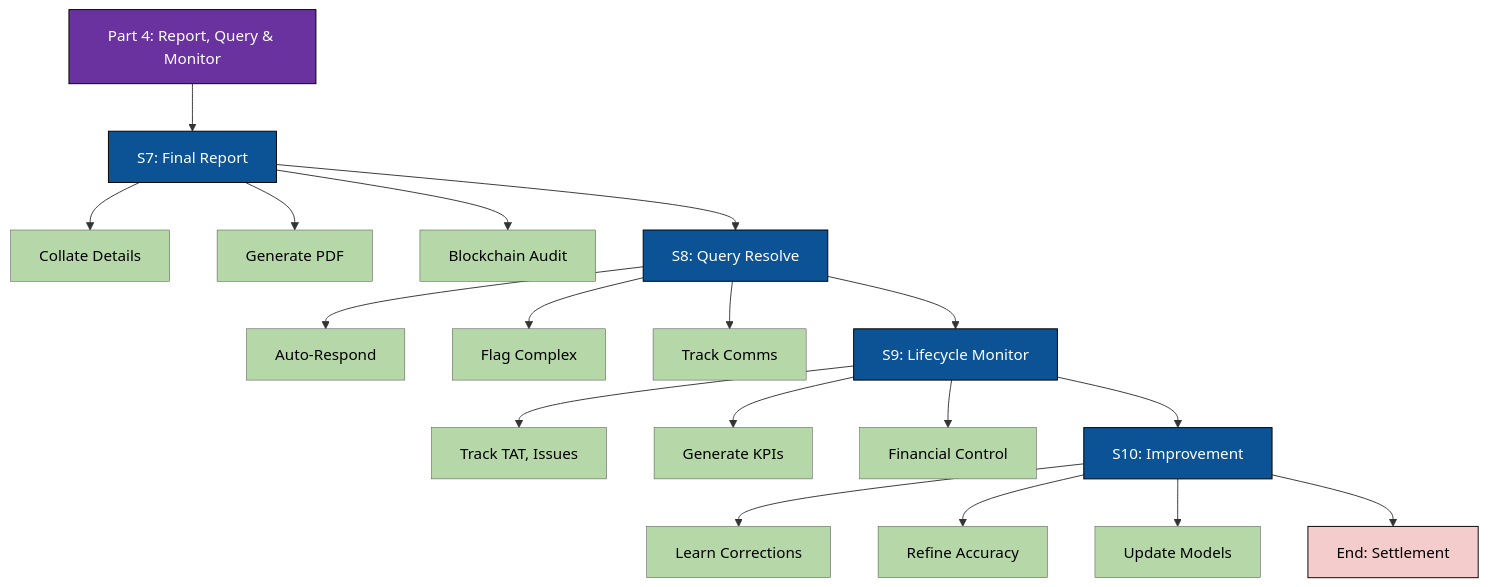
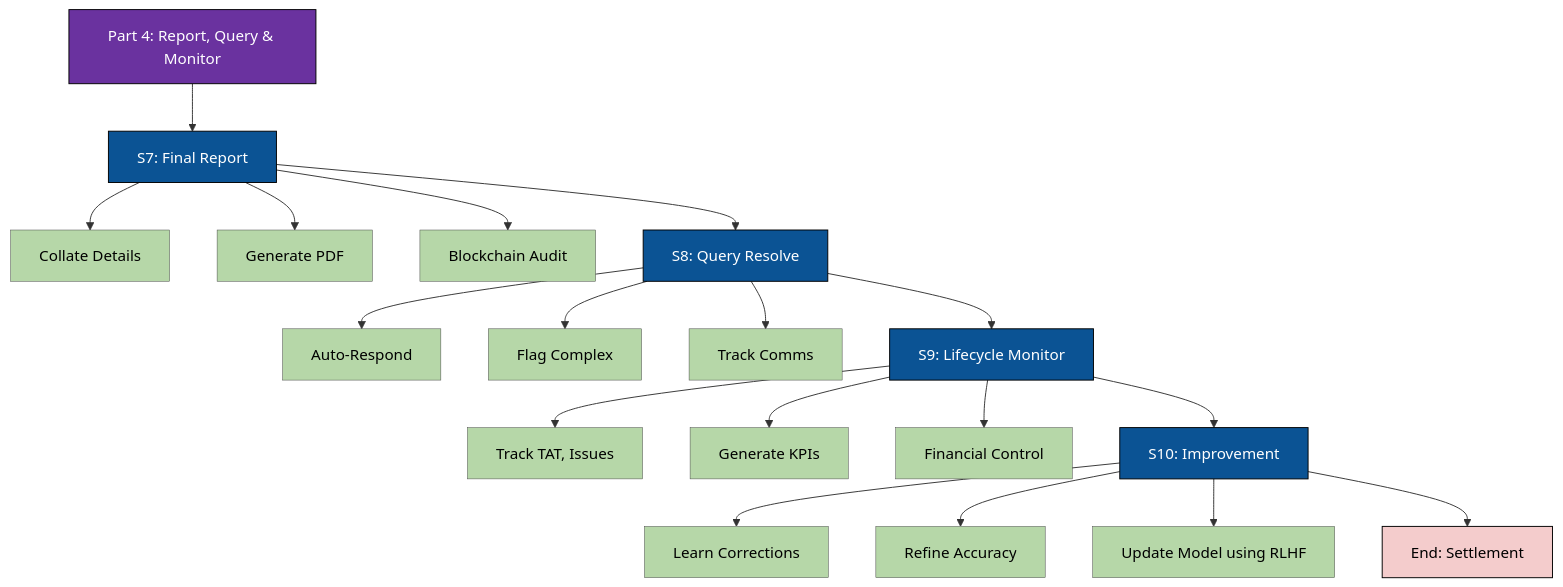
Before and after one commit to bharathkumarms525/readyassist: the fourth of 15 diagrams in COMPREHENSIVE_AUDIO_PROCESSING_DOCUMENTATION.md, drawn with Mermaid. The commit also changed other lines of this file, not shown here.

````diff
--- a/COMPREHENSIVE_AUDIO_PROCESSING_DOCUMENTATION.md
+++ b/COMPREHENSIVE_AUDIO_PROCESSING_DOCUMENTATION.md
@@ -98,53 +98,53 @@
 ```mermaid
 %%{init: {
   'theme': 'dark',
   'flowchart': {
     'layout': 'dagre',
     'ranksep': 10,  %% Tight vertical spacing
     'nodesep': 5,   %% Minimal horizontal spacing
     'nodeMargin': 3, %% Minimal margin
     'padding': 2,   %% Minimal padding
     'rankdir': 'TB' %% Top-to-bottom
 }}%%
 flowchart TD
     Part4["Part 4: Report, Query & Monitor"] --> H["S7: Final Report"]
     H --> H1["Collate Details"]
     H --> H2["Generate PDF"]
     H --> H3["Blockchain Audit"]
     H --> I["S8: Query Resolve"]
     I --> I1["Auto-Respond"]
     I --> I2["Flag Complex"]
     I --> I3["Track Comms"]
     I --> J["S9: Lifecycle Monitor"]
     J --> J1["Track TAT, Issues"]
     J --> J2["Generate KPIs"]
     J --> J3["Financial Control"]
     J --> K["S10: Improvement"]
     K --> K1["Learn Corrections"]
     K --> K2["Refine Accuracy"]
-    K --> K3["Update Models"]
+    K --> K3["Update Model using RLHF"]
     K --> L["End: Settlement"]
     Part4:::part
     H:::step
     H1:::sub
     H2:::sub
     H3:::sub
     I:::step
     I1:::sub
     I2:::sub
     I3:::sub
     J:::step
     J1:::sub
     J2:::sub
     J3:::sub
     K:::step
     K1:::sub
     K2:::sub
     K3:::sub
     L:::step
     L:::ending
     classDef step fill:#0b5394,stroke:#000,color:#fff,stroke-width:1px,font-size:8px;padding:2px
     classDef sub fill:#b6d7a8,stroke:#444,stroke-width:0.5px,color:#000,font-size:6px;padding:1px
     classDef ending fill:#f4cccc,stroke:#000,color:#000,font-size:8px;padding:2px
     classDef part fill:#6a329f,stroke:#000,color:#fff,stroke-width:1px,font-size:9px;padding:2px
 ```
````
